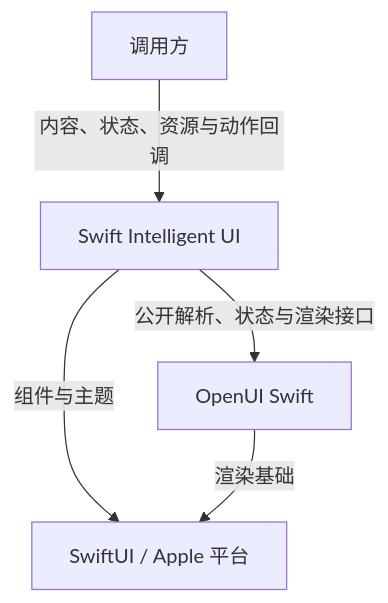
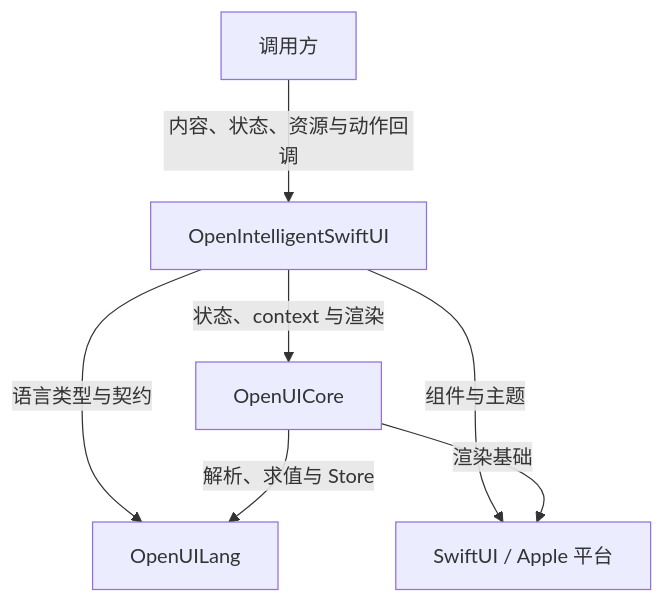
The diagram in docs/swift-intelligent-ui-design.md (zyfn/open-intelligent-ui-swift), drawn with Mermaid before and after one commit. The commit also changed other lines of this file and 22 other files, not shown here.

````diff
--- a/docs/swift-intelligent-ui-design.md
+++ b/docs/swift-intelligent-ui-design.md
@@ -13,11 +13,14 @@
 ```mermaid
 flowchart TB
     caller["调用方"]
-    library["Swift Intelligent UI"]
-    runtime["OpenUI Swift"]
+    library["OpenIntelligentSwiftUI"]
+    runtime["OpenUICore"]
+    language["OpenUILang"]
     native["SwiftUI / Apple 平台"]
     caller -->|"内容、状态、资源与动作回调"| library
-    library -->|"公开解析、状态与渲染接口"| runtime
+    library -->|"状态、context 与渲染"| runtime
+    library -->|"语言类型与契约"| language
+    runtime -->|"解析、求值与 Store"| language
     library -->|"组件与主题"| native
     runtime -->|"渲染基础"| native
 ```
````
